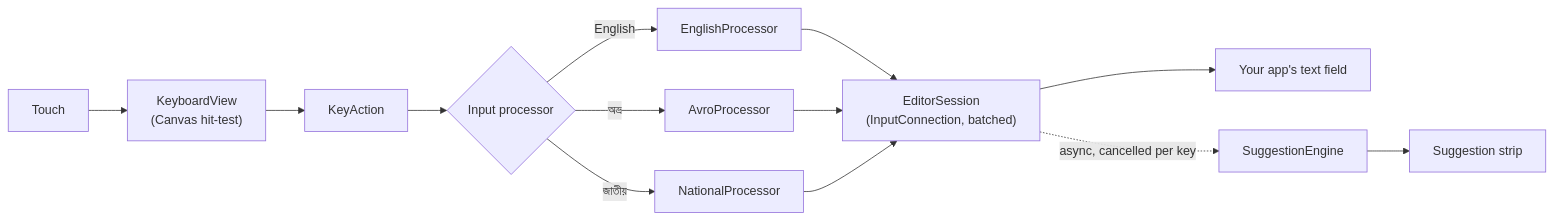
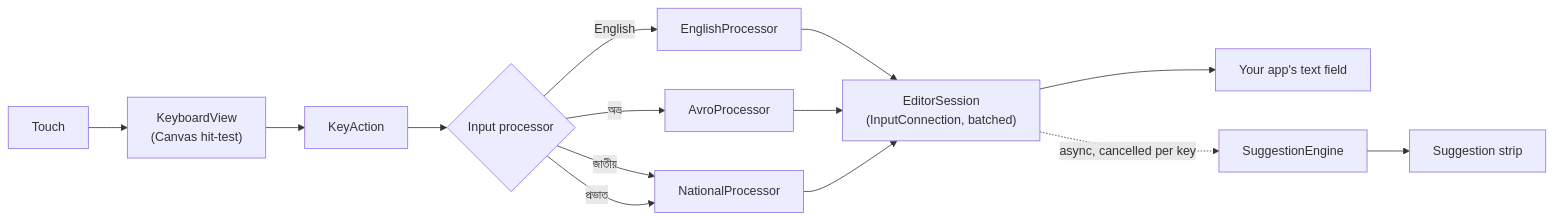
Before and after one commit to Yeamin-Talukder/jolpai-keyboard: the second of 2 diagrams in README.md, drawn with Mermaid. The commit also changed other lines of this file and 1 other file, not shown here.

````diff
--- a/README.md
+++ b/README.md
@@ -246,13 +247,14 @@
 ```mermaid
 flowchart LR
     T["Touch"] --> KV["KeyboardView<br/>(Canvas hit-test)"]
     KV --> KA["KeyAction"]
     KA --> P{"Input processor"}
     P -->|English| E["EnglishProcessor"]
     P -->|অভ্র| A["AvroProcessor"]
     P -->|জাতীয়| N["NationalProcessor"]
+    P -->|প্রভাত| N
     E & A & N --> ES["EditorSession<br/>(InputConnection, batched)"]
     ES --> APPX["Your app's text field"]
     ES -. async, cancelled per key .-> S["SuggestionEngine"]
     S --> STRIP["Suggestion strip"]
 ```
````
